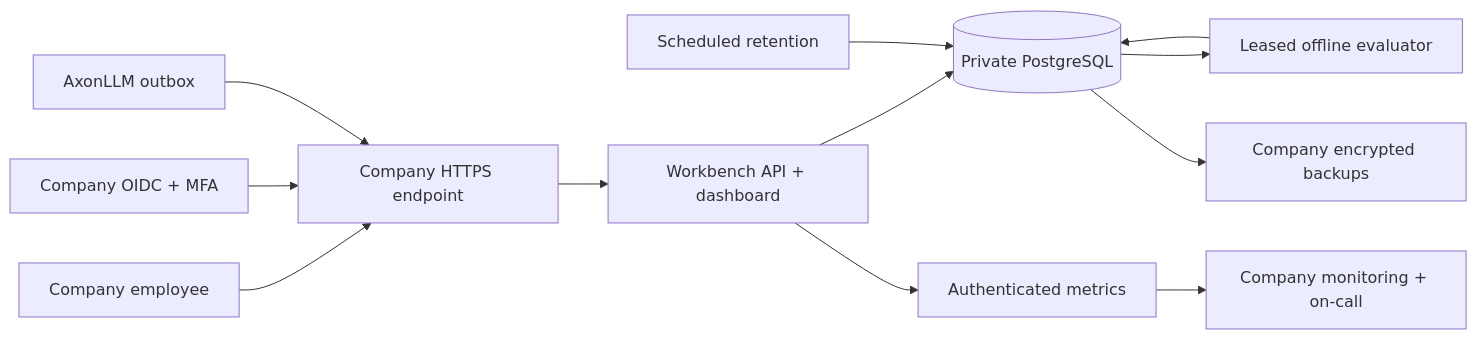
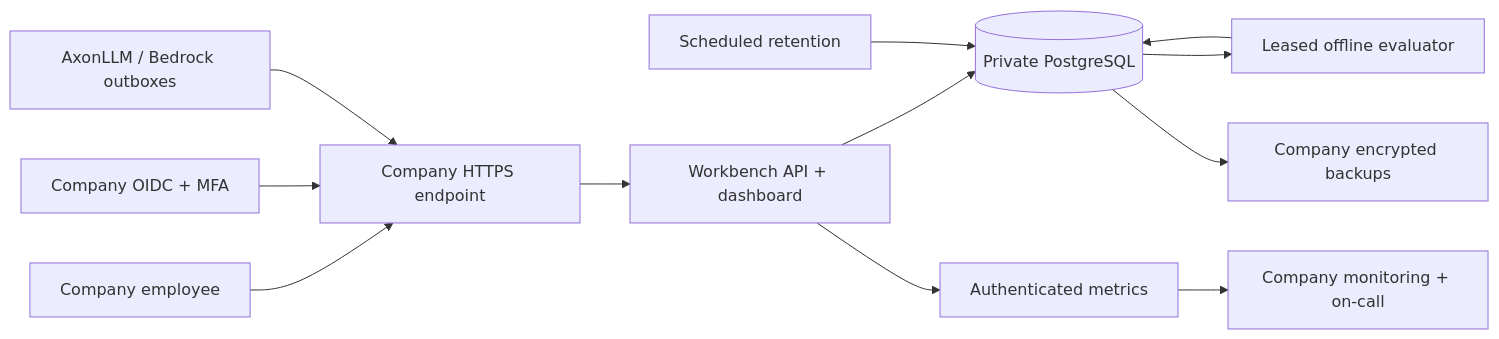
One commit to hk-775/ai-operations-workbench changed the third of 3 diagrams in docs/ARCHITECTURE.md. Above: the diagram before and after it, drawn with Mermaid. The commit also changed other lines of this file and 38 other files, not shown here.

````diff
--- a/docs/ARCHITECTURE.md
+++ b/docs/ARCHITECTURE.md
@@ -196,14 +202,14 @@
 ```mermaid
 flowchart LR
     Employee["Company employee"] --> TLS["Company HTTPS endpoint"]
     Identity["Company OIDC + MFA"] --> TLS
     TLS --> API["Workbench API + dashboard"]
-    Connector["AxonLLM outbox"] --> TLS
+    Connector["AxonLLM / Bedrock outboxes"] --> TLS
     API --> Database[("Private PostgreSQL")]
     Database --> Worker["Leased offline evaluator"]
     Worker --> Database
     Maintenance["Scheduled retention"] --> Database
     API --> Metrics["Authenticated metrics"]
     Metrics --> Monitor["Company monitoring + on-call"]
     Database --> Backup["Company encrypted backups"]
 ```
````
